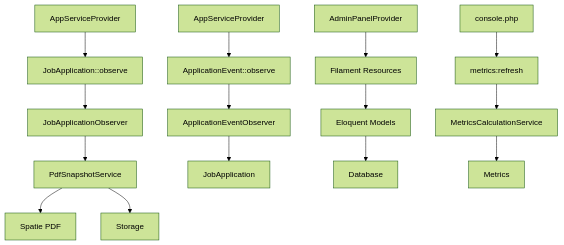
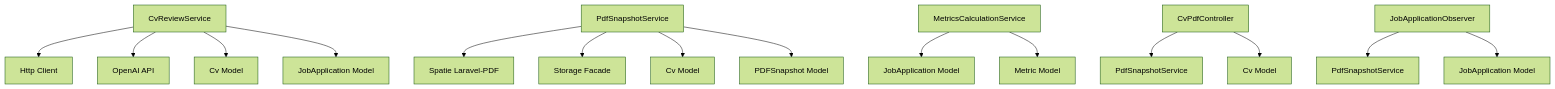
One commit to withoutfanfare/cv-builder changed the eighth of 8 diagrams in .qoder/repowiki/en/content/Architecture & Design/Architecture & Design.md. Above: the diagram before and after it, drawn with Mermaid (forest theme). The commit also changed other lines of this file and 128 other files, not shown here.

````diff
--- a/.qoder/repowiki/en/content/Architecture & Design/Architecture & Design.md
+++ b/.qoder/repowiki/en/content/Architecture & Design/Architecture & Design.md
@@ -432,17 +356,17 @@
 ```mermaid
 graph TD
-A[AppServiceProvider] --> B[JobApplication::observe]
-B --> C[JobApplicationObserver]
-C --> D[PdfSnapshotService]
-D --> E[Spatie PDF]
-D --> F[Storage]
-G[AppServiceProvider] --> H[ApplicationEvent::observe]
-H --> I[ApplicationEventObserver]
-I --> J[JobApplication]
-K[AdminPanelProvider] --> L[Filament Resources]
-L --> M[Eloquent Models]
-M --> N[Database]
-O[console.php] --> P[metrics:refresh]
-P --> Q[MetricsCalculationService]
-Q --> R[Metrics]
+A[CvReviewService] --> B[Http Client]
+A --> C[OpenAI API]
+A --> D[Cv Model]
+A --> E[JobApplication Model]
+F[PdfSnapshotService] --> G[Spatie Laravel-PDF]
+F --> H[Storage Facade]
+F --> I[Cv Model]
+F --> J[PDFSnapshot Model]
+K[MetricsCalculationService] --> L[JobApplication Model]
+K --> M[Metric Model]
+N[CvPdfController] --> O[PdfSnapshotService]
+N --> P[Cv Model]
+Q[JobApplicationObserver] --> R[PdfSnapshotService]
+Q --> S[JobApplication Model]
 ```
````
